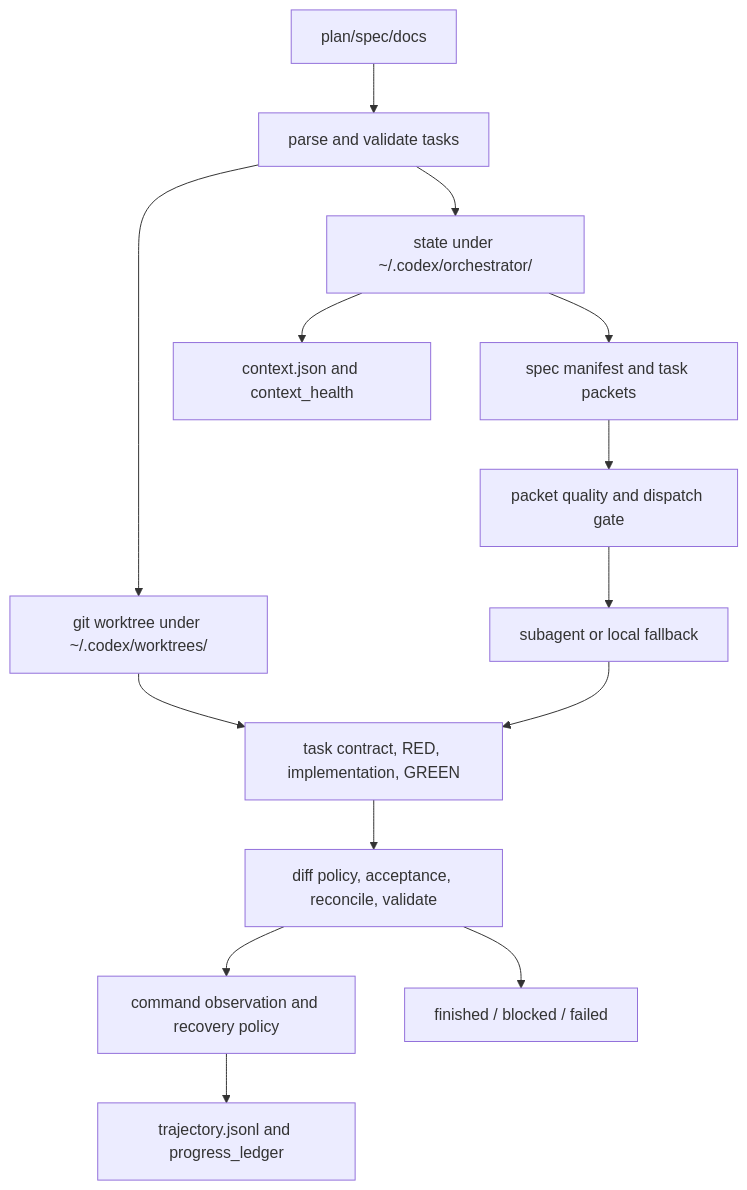
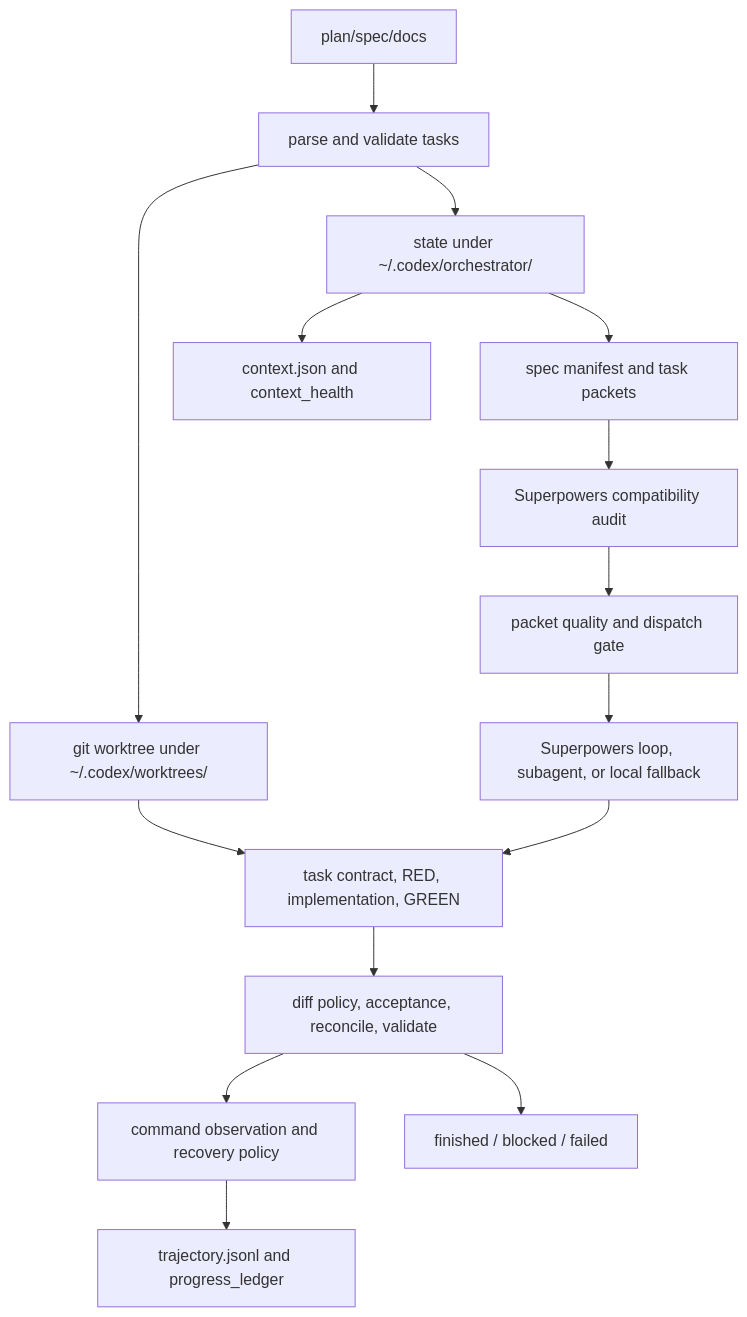
One commit to beyondwin/Archive changed the diagram in skills/kws-codex-plan-executor/ARCHITECTURE.md. Above: the diagram before and after it, drawn with Mermaid. The commit also changed other lines of this file and 16 other files, not shown here.

````diff
--- a/skills/kws-codex-plan-executor/ARCHITECTURE.md
+++ b/skills/kws-codex-plan-executor/ARCHITECTURE.md
@@ -5,16 +5,17 @@
 ```mermaid
 flowchart TD
   Plan["plan/spec/docs"] --> Parse["parse and validate tasks"]
   Parse --> Worktree["git worktree under ~/.codex/worktrees/<run_id>"]
   Parse --> State["state under ~/.codex/orchestrator/<run_id>"]
   State --> Packet["spec manifest and task packets"]
-  Packet --> Gate["packet quality and dispatch gate"]
-  Gate --> Worker["subagent or local fallback"]
+  Packet --> Compat["Superpowers compatibility audit"]
+  Compat --> Gate["packet quality and dispatch gate"]
+  Gate --> Worker["Superpowers loop, subagent, or local fallback"]
   Worktree --> Task["task contract, RED, implementation, GREEN"]
   State --> Context["context.json and context_health"]
   Worker --> Task
   Task --> Verify["diff policy, acceptance, reconcile, validate"]
   Verify --> Recovery["command observation and recovery policy"]
   Recovery --> Trajectory["trajectory.jsonl and progress_ledger"]
   Verify --> Done["finished / blocked / failed"]
 ```
````
